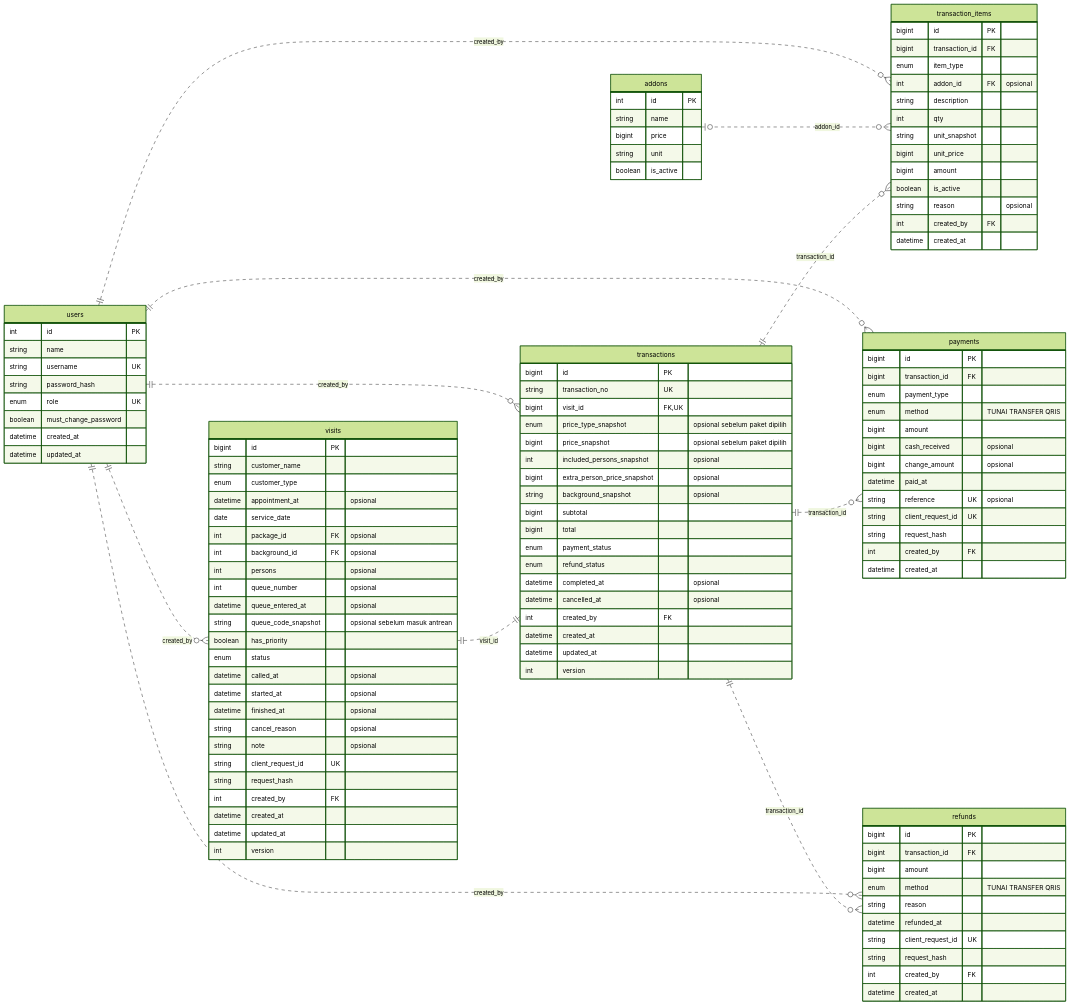
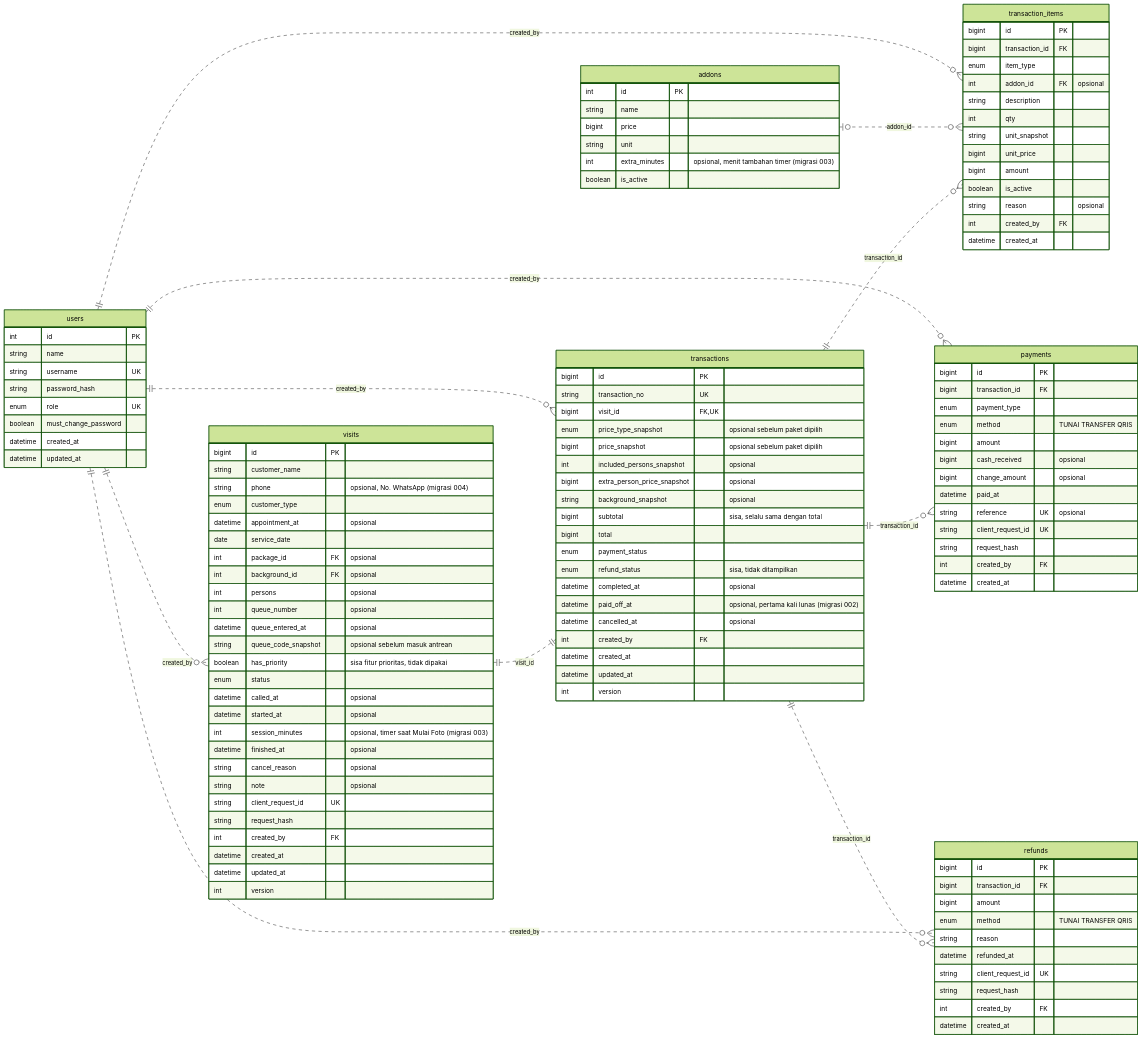
The fourth of 4 diagrams in backend/docs/ERD_Revisi_05.md (duhaalul/Dream-Space), drawn with Mermaid (forest theme) before and after one commit. The commit also changed other lines of this file and 9 other files, not shown here.

Commit message:
docs: perbarui ARCHITECTURE, ERD (kolom migrasi 002-004, kolom sisa), API, dan README untuk Kembali ke Antrean dan kerapian

```diff
--- a/backend/docs/ERD_Revisi_05.md
+++ b/backend/docs/ERD_Revisi_05.md
@@ -311,6 +347,7 @@
     visits {
         bigint id PK
         string customer_name
+        string phone "opsional, No. WhatsApp (migrasi 004)"
         enum customer_type
         datetime appointment_at "opsional"
         date service_date
@@ -320,10 +357,11 @@
         int queue_number "opsional"
         datetime queue_entered_at "opsional"
         string queue_code_snapshot "opsional sebelum masuk antrean"
-        boolean has_priority
+        boolean has_priority "sisa fitur prioritas, tidak dipakai"
         enum status
         datetime called_at "opsional"
         datetime started_at "opsional"
+        int session_minutes "opsional, timer saat Mulai Foto (migrasi 003)"
         datetime finished_at "opsional"
         string cancel_reason "opsional"
         string note "opsional"
@@ -343,11 +381,12 @@
         int included_persons_snapshot "opsional"
         bigint extra_person_price_snapshot "opsional"
         string background_snapshot "opsional"
-        bigint subtotal
+        bigint subtotal "sisa, selalu sama dengan total"
         bigint total
         enum payment_status
-        enum refund_status
+        enum refund_status "sisa, tidak ditampilkan"
         datetime completed_at "opsional"
+        datetime paid_off_at "opsional, pertama kali lunas (migrasi 002)"
         datetime cancelled_at "opsional"
         int created_by FK
         datetime created_at
@@ -374,6 +413,7 @@
         string name
         bigint price
         string unit
+        int extra_minutes "opsional, menit tambahan timer (migrasi 003)"
         boolean is_active
     }
     payments {
```
